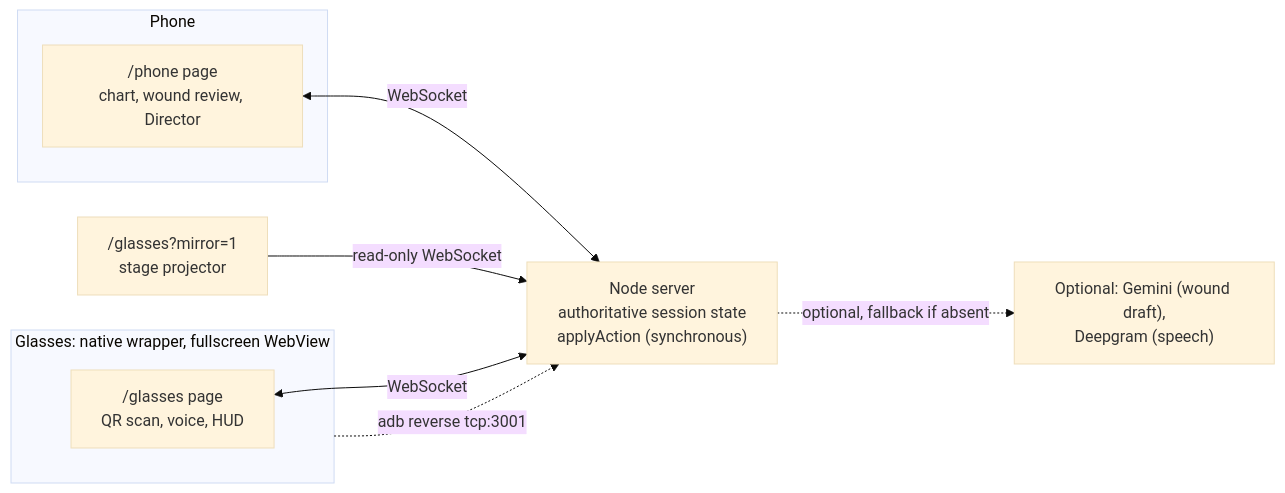
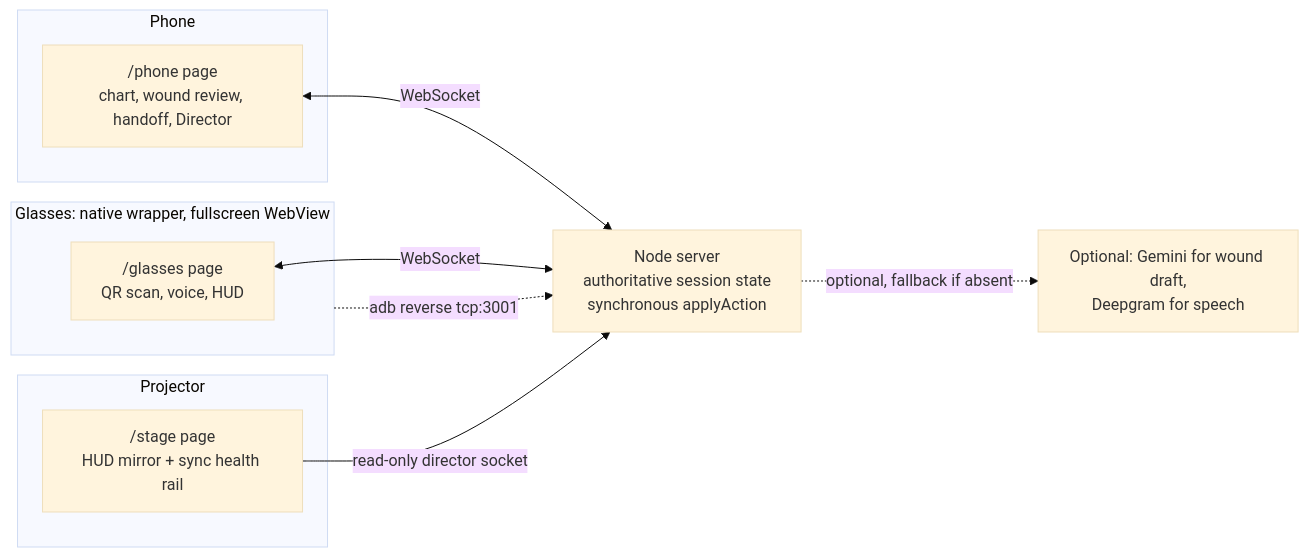
One commit to RahulModugula/worn-hackathon changed the first of 2 diagrams in README.md. Above: the diagram before and after it, drawn with Mermaid (base theme). The commit also changed other lines of this file and 1 other file, not shown here.

````diff
--- a/README.md
+++ b/README.md
@@ -56,17 +136,19 @@
 ```mermaid
 flowchart LR
   subgraph G["Glasses: native wrapper, fullscreen WebView"]
     GP["/glasses page<br/>QR scan, voice, HUD"]
   end
   subgraph P["Phone"]
-    PP["/phone page<br/>chart, wound review, Director"]
+    PP["/phone page<br/>chart, wound review, handoff, Director"]
   end
-  S["Node server<br/>authoritative session state<br/>applyAction (synchronous)"]
-  AI["Optional: Gemini (wound draft),<br/>Deepgram (speech)"]
-  M["/glasses?mirror=1<br/>stage projector"]
+  subgraph ST["Projector"]
+    M["/stage page<br/>HUD mirror + sync health rail"]
+  end
+  S["Node server<br/>authoritative session state<br/>synchronous applyAction"]
+  AI["Optional: Gemini for wound draft,<br/>Deepgram for speech"]
   GP <-->|WebSocket| S
   PP <-->|WebSocket| S
-  M -->|read-only WebSocket| S
-  S -.->|optional, fallback if absent| AI
+  M -->|"read-only director socket"| S
+  S -.->|"optional, fallback if absent"| AI
   G -. "adb reverse tcp:3001" .-> S
 ```
````
